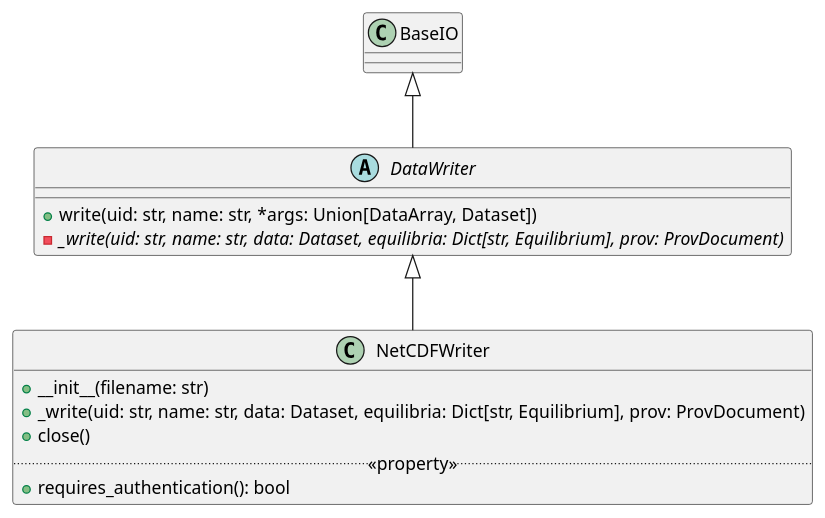
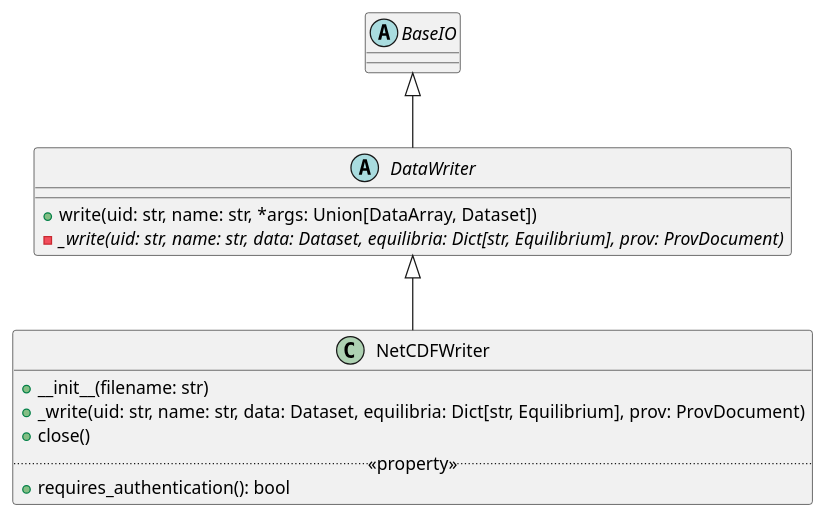
Before and after one commit to indica-mcf/Indica: the sixth of 7 diagrams in doc/design.rst, drawn with PlantUML. The commit also changed other lines of this file, not shown here.

Commit message:
Small corrections to UML in docs

```diff
--- a/doc/design.rst
+++ b/doc/design.rst
@@ -445,17 +449,19 @@
 .. uml::
 
    abstract class DataWriter {
    + write(uid: str, name: str, *args: Union[DataArray, Dataset])
    - {abstract} _write(uid: str, name: str, data: Dataset, equilibria: Dict[str, Equilibrium], prov: ProvDocument)
    }
 
    class NetCDFWriter {
    + __init__(filename: str)
    + _write(uid: str, name: str, data: Dataset, equilibria: Dict[str, Equilibrium], prov: ProvDocument)
    + close()
    .. «property» ..
    + requires_authentication(): bool
    }
 
+   abstract class BaseIO
+
    BaseIO <|-- DataWriter
    DataWriter <|-- NetCDFWriter
```
